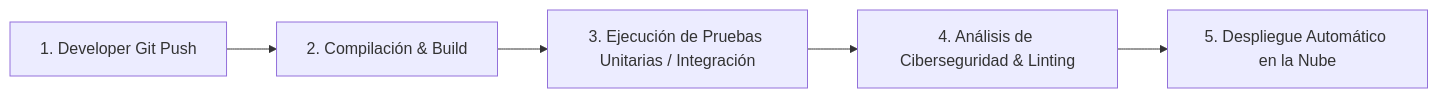
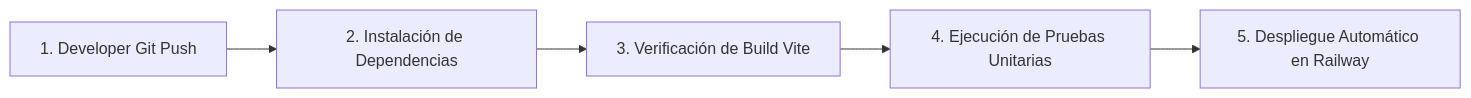
Before and after one commit to juanroldan1/onvia: the diagram in README.md, drawn with Mermaid. The commit also changed other lines of this file and 8 other files, not shown here.

````diff
--- a/README.md
+++ b/README.md
@@ -54,7 +74,7 @@
 ```mermaid
 flowchart LR
-    GitPush[1. Developer Git Push] --> Build[2. Compilación & Build]
-    Build --> Tests[3. Ejecución de Pruebas Unitarias / Integración]
-    Tests --> Scan[4. Análisis de Ciberseguridad & Linting]
-    Scan --> Deploy[5. Despliegue Automático en la Nube]
+    GitPush[1. Developer Git Push] --> Install[2. Instalación de Dependencias]
+    Install --> Build[3. Verificación de Build Vite]
+    Build --> Test[4. Ejecución de Pruebas Unitarias]
+    Test --> Deploy[5. Despliegue Automático en Railway]
 ```
````
